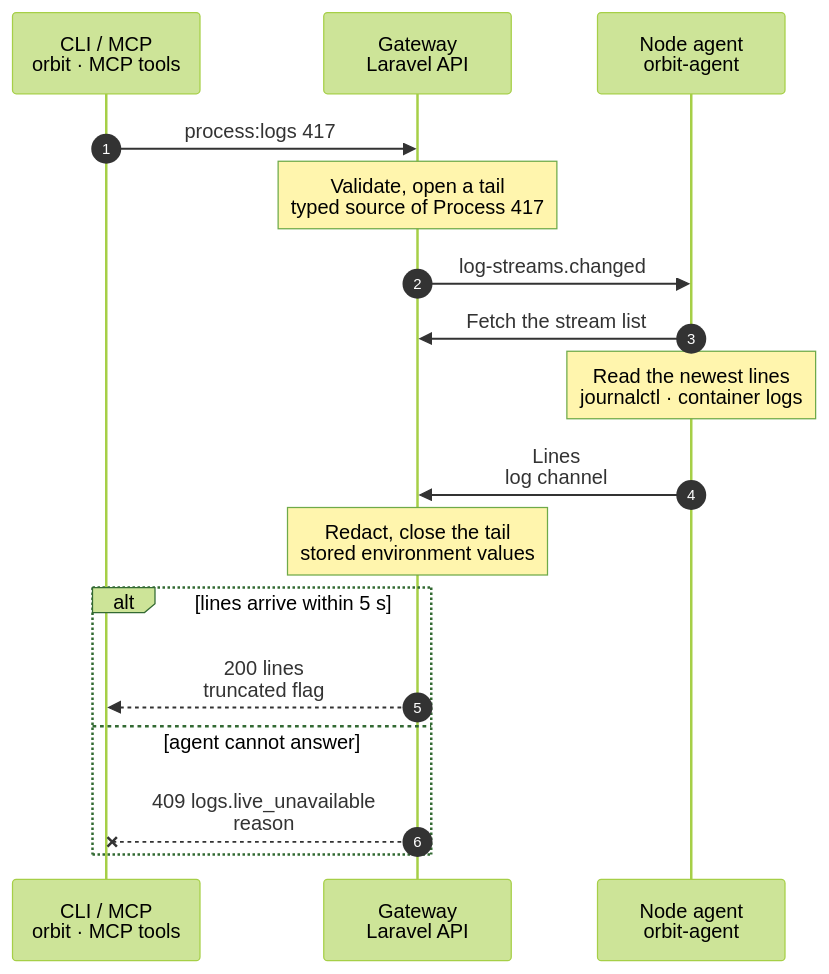
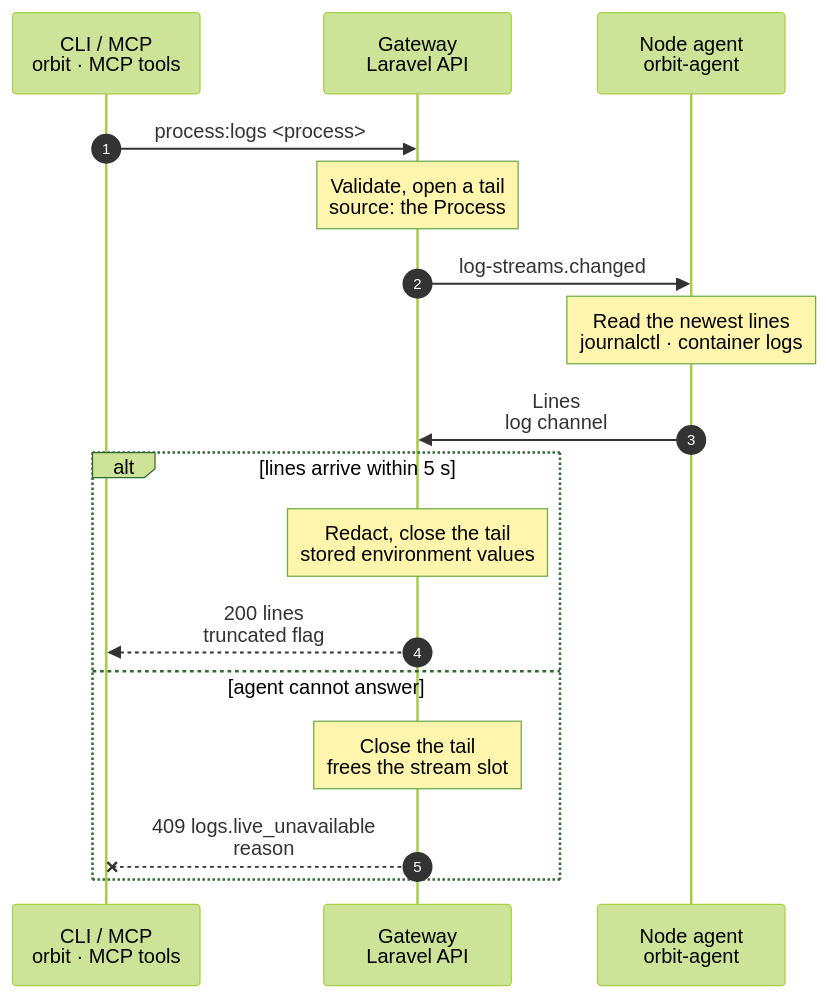
The diagram in docs/cli/process/logs.mmd (hardimpactdev/orbit), drawn with Mermaid (forest theme) before and after one commit. The commit also changed 8 other files, not shown here.

First line of the commit message:
docs(logs): fix the log read spec after review

```diff
--- a/docs/cli/process/logs.mmd
+++ b/docs/cli/process/logs.mmd
@@ -1,55 +1,53 @@
 sequenceDiagram
   %% Target design: Nick 2026-11-06, agent strip (a): a log read is a typed source of the agent's log streaming. No SSH, no agent command, no Swamp run (R1).
   %% status: draft
   %% command: process:logs
   %% kind: process.logs
   autonumber
   %% lane CLI icon=terminal pill=caller tone=gray
   %% lane GW icon=gateway pill=intent tone=blue
   %% lane A icon=server pill=observer tone=amber
   participant CLI as CLI / MCP<br/>orbit · MCP tools
   participant GW as Gateway<br/>Laravel API
   participant A as Node agent<br/>orbit-agent
-  CLI->>GW: process:logs 417
+  CLI->>GW: process:logs <process>
   %%> Command:
-  %%> - `orbit process:logs 417`
+  %%> - `orbit process:logs <process>`
   %%> - syntax: `process:logs <process> [--lines=COUNT] [--follow] [--json]`
   %%> Input:
   %%> - the numeric Process ID from `process:list`
-  %%> Optional:
-  %%> - `--lines` sets the count from 1 through 1,000; `--follow` keeps the tail open (see the live logs page); neither adds a step here
   %%> Who can call it:
   %%> - the `orbit` CLI, the web app and the MCP tool send the same request
-  Note over GW: Validate, open a tail<br/>typed source of Process 417
+  Note over GW: Validate, open a tail<br/>source: the Process
   %%> Requirements:
-  %%> - your Node has an access grant to the Node that runs Process 417
+  %%> - your Node has an access grant to the Node that runs the Process
   %%> - the agent of that Node has a fresh view and has joined its log channel
+  %%> - the Node has a free stream slot (16 for each Node)
   %%> Result:
-  %%> - a tail is recorded in the stream cache with the source the Gateway derives from the Process: its systemd unit, or its labelled container
-  %%> - the caller names no path and no unit
+  %%> - the Gateway opens the tail for itself with the requested line count and starts it at once; it needs no viewer channel
+  %%> - the source is derived by the Gateway: the Process's systemd unit, or its container labelled `orbit.managed=true` and `orbit.process.id`
+  %%> - the caller names no path or unit
   GW->>A: log-streams.changed
   %%> What it does:
-  %%> - prompts the agent to fetch its stream list; the event carries no data
-  A->>GW: Fetch the stream list
-  %%> What it does:
-  %%> - the agent reads only what the Gateway lists, over HTTPS with its secret
+  %%> - prompts the agent to fetch its stream list over HTTPS; the event carries no data
   Note over A: Read the newest lines<br/>journalctl · container logs
   %%> What it does:
-  %%> - a systemd Process: read-only `journalctl --unit … --output short-iso --utc`, newest entries first
-  %%> - a Docker Process: the container's standard output and error, only for a container labelled `orbit.managed=true` and `orbit.process.id`
-  %%> - each entry is cut at 256 KiB and each line redacted
+  %%> - a systemd Process: read-only `journalctl --unit … --output short-iso --utc`, newest entries first, each entry cut at 256 KiB
+  %%> - a Docker Process: the container's standard output and error, in the order written
+  %%> - the agent redacts each line and sends the first lines as one batch, also when the batch is empty, so the Gateway knows the read is complete
   A->>GW: Lines<br/>log channel
-  Note over GW: Redact, close the tail<br/>stored environment values
   alt lines arrive within 5 s
+    Note over GW: Redact, close the tail<br/>stored environment values
     GW-->>CLI: 200 lines<br/>truncated flag
     %%> Result:
-    %%> - at most `--lines` newest lines and 4 MiB of whole lines; `truncated` is set when older lines were left out
+    %%> - at most the requested number of newest lines and 256 KiB; `truncated` is set when either limit left out older lines
     %%> - an empty log is an empty list
   else agent cannot answer
+    Note over GW: Close the tail<br/>frees the stream slot
     GW--xCLI: 409 logs.live_unavailable<br/>reason
     %%> When:
-    %%> - the agent view is stale, the agent has not joined its log channel, or no line arrives within 5 s
-    %%> - or the source is unreadable: reason `source_unavailable`
+    %%> - the agent view is stale, the agent has not joined its log channel, the source cannot be read, or no batch arrives within 5 s
+    %%> - `logs.stream_limit` (429) when the Node already has 16 open tails
     %%> Result:
-    %%> - there is no SSH fallback and nothing to clean up; read again once the agent is back
+    %%> - there is no SSH fallback and no polling; read again once the agent is back
   end
```
